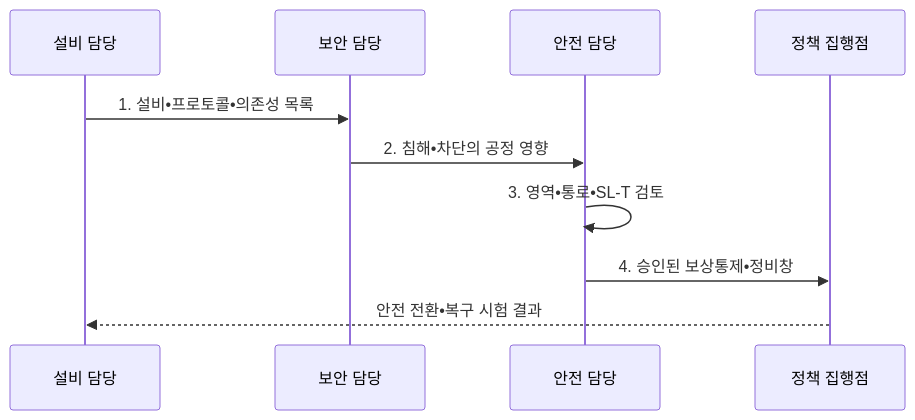
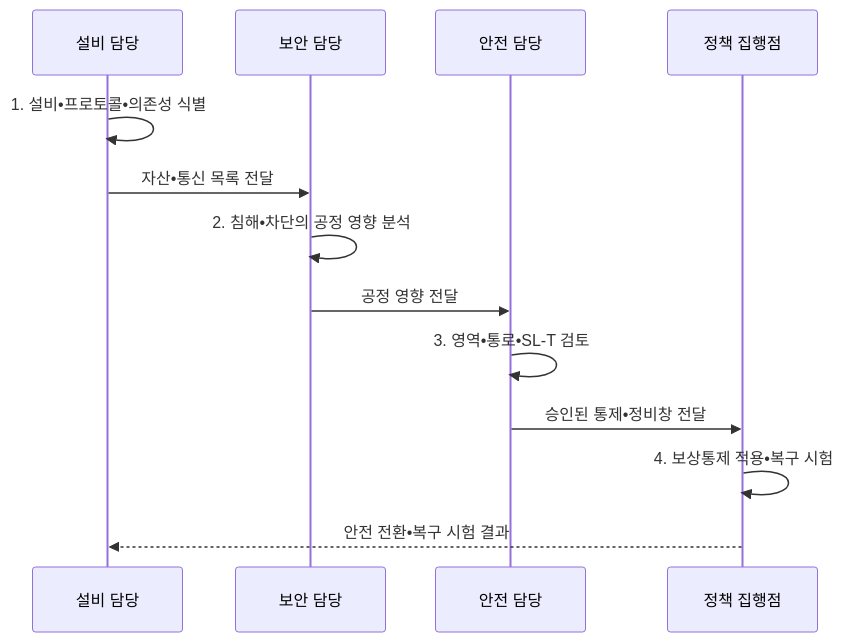
The second of 2 diagrams in src/content/docs/notes/05-security/133_ot_security_smart_factory.md (agnusdei1207/knowledge-base), drawn with Mermaid before and after one commit. The commit also changed other lines of this file and 19 other files, not shown here.

````diff
--- a/src/content/docs/notes/05-security/133_ot_security_smart_factory.md
+++ b/src/content/docs/notes/05-security/133_ot_security_smart_factory.md
@@ -105,12 +105,15 @@
 ```mermaid
 sequenceDiagram
   participant O as 설비 담당
   participant S as 보안 담당
   participant A as 안전 담당
   participant E as 정책 집행점
-  O->>S: 1. 설비•프로토콜•의존성 목록
-  S->>A: 2. 침해•차단의 공정 영향
+  O->>O: 1. 설비•프로토콜•의존성 식별
+  O->>S: 자산•통신 목록 전달
+  S->>S: 2. 침해•차단의 공정 영향 분석
+  S->>A: 공정 영향 전달
   A->>A: 3. 영역•통로•SL-T 검토
-  A->>E: 4. 승인된 보상통제•정비창
+  A->>E: 승인된 통제•정비창 전달
+  E->>E: 4. 보상통제 적용•복구 시험
   E-->>O: 안전 전환•복구 시험 결과
 ```
````
